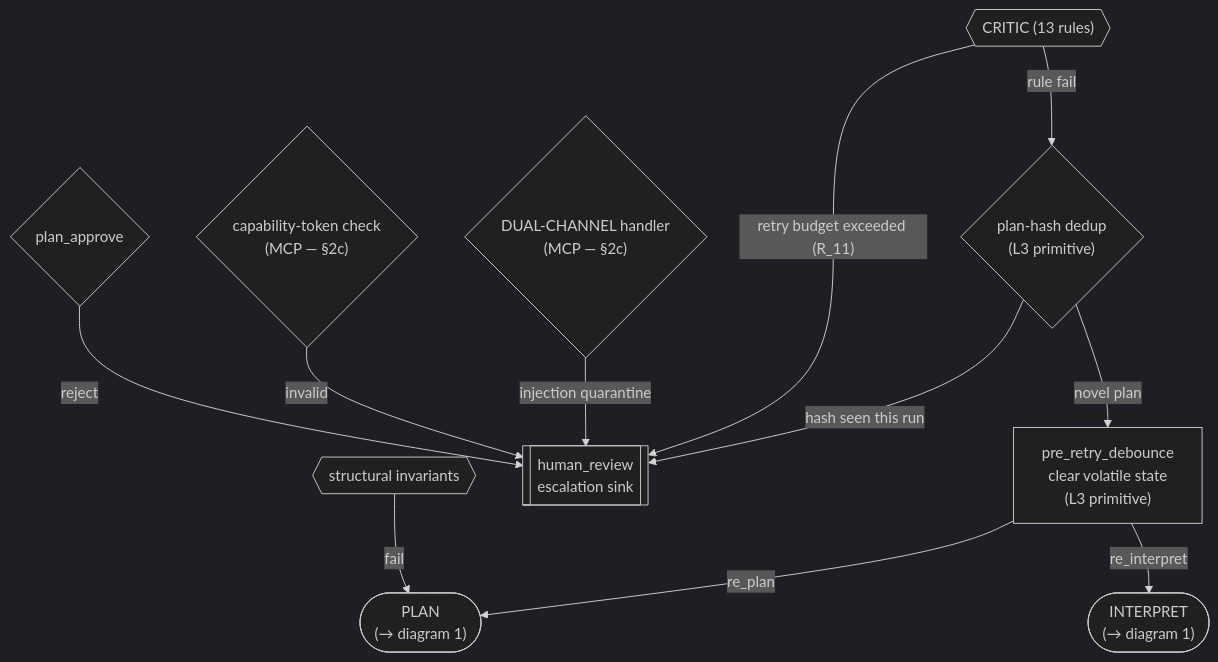
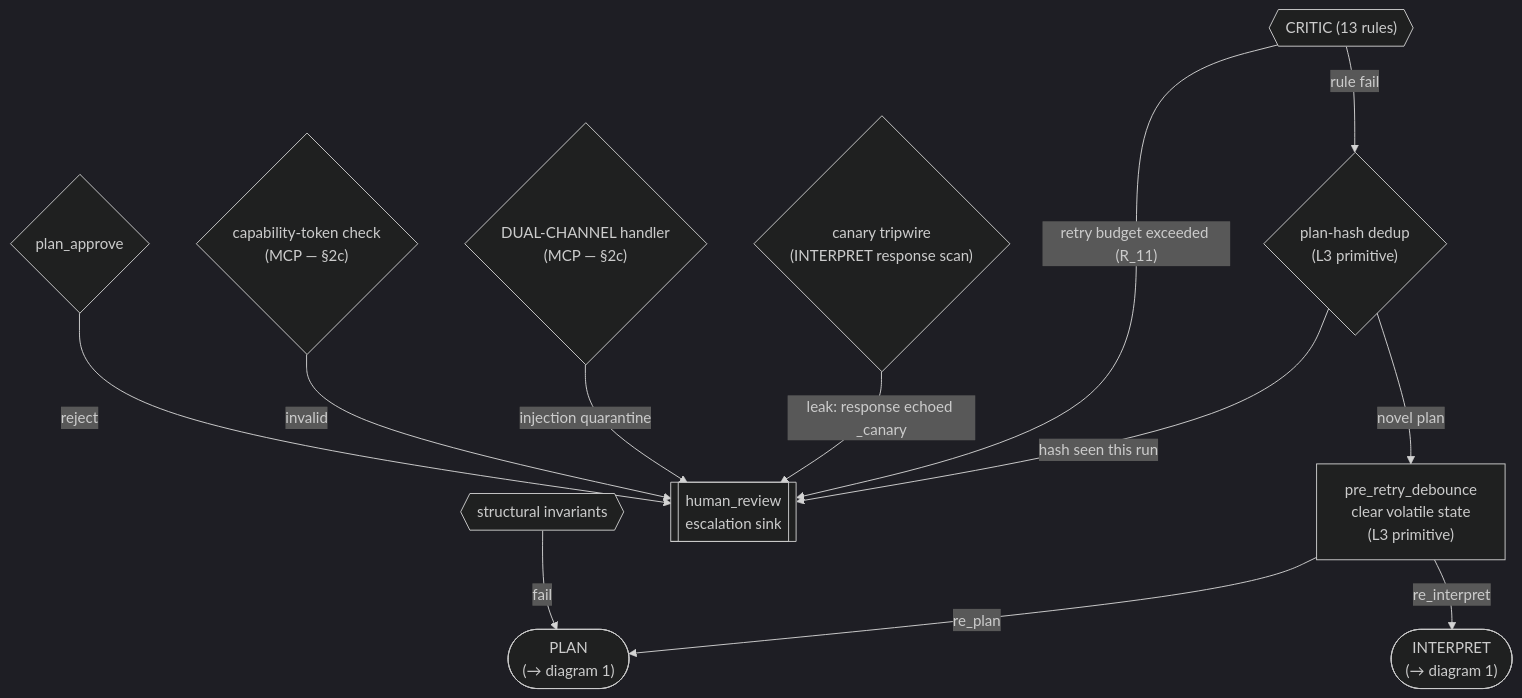
The second of 4 diagrams in docs/planning/architecture-detailed.md (charanbobby/sift-sentinel), drawn with Mermaid (dark theme) before and after one commit. The commit also changed other lines of this file and 5 other files, not shown here.

First line of the commit message:
docs(slice5/tier1): architecture + runbook sync for all four Tier-1 AI-adversary items

````diff
--- a/docs/planning/architecture-detailed.md
+++ b/docs/planning/architecture-detailed.md
@@ -82,24 +82,26 @@
 ```mermaid
 flowchart TB
     INV{{"structural invariants"}}
     APPROVE{"plan_approve"}
     TOKEN{"capability-token check<br/>(MCP — §2c)"}
     DUAL{"DUAL-CHANNEL handler<br/>(MCP — §2c)"}
+    CANARY{"canary tripwire<br/>(INTERPRET response scan)"}
     CRIT{{"CRITIC (13 rules)"}}
     DEDUP{"plan-hash dedup<br/>(L3 primitive)"}
     DEBOUNCE["pre_retry_debounce<br/>clear volatile state<br/>(L3 primitive)"]
     PLAN(["PLAN<br/>(→ diagram 1)"])
     INT(["INTERPRET<br/>(→ diagram 1)"])
     HUMAN[["human_review<br/>escalation sink"]]
 
     INV -->|fail| PLAN
     APPROVE -->|reject| HUMAN
     TOKEN -->|invalid| HUMAN
     DUAL -->|"injection quarantine"| HUMAN
+    CANARY -->|"leak: response echoed _canary"| HUMAN
     CRIT -->|"retry budget exceeded (R_11)"| HUMAN
     CRIT -->|rule fail| DEDUP
     DEDUP -->|"hash seen this run"| HUMAN
     DEDUP -->|novel plan| DEBOUNCE
     DEBOUNCE -->|re_plan| PLAN
     DEBOUNCE -->|re_interpret| INT
 ```
````
